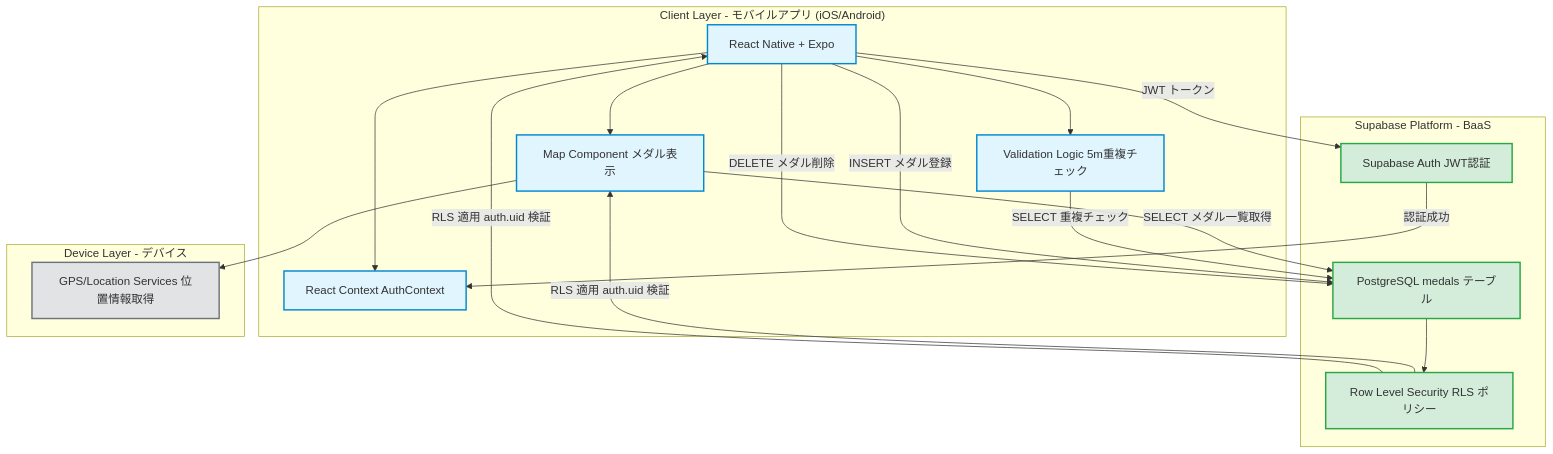
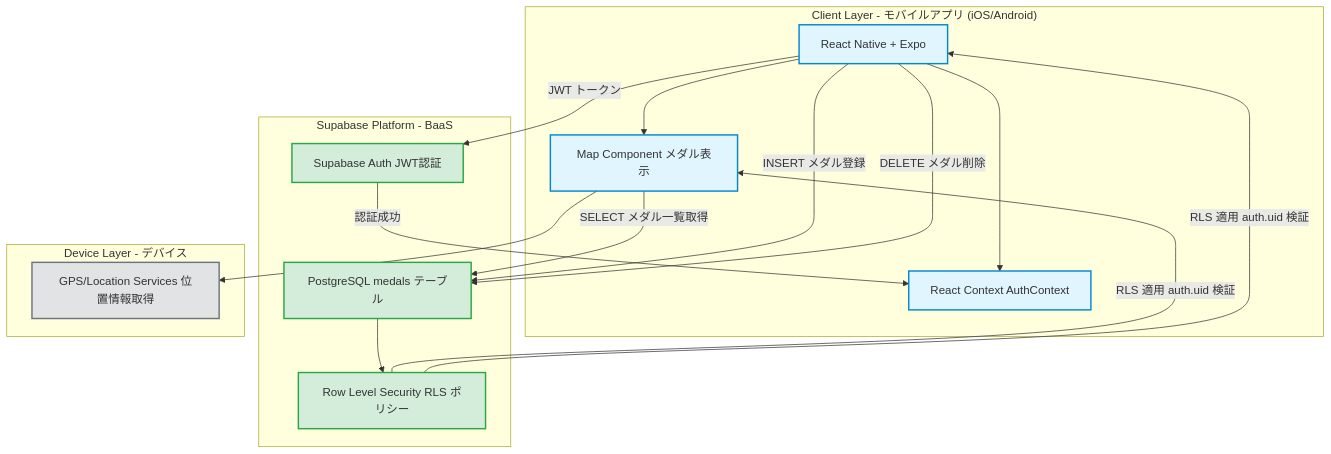
One commit to Lighthouse-projects/dqwfuntool_medalcompass changed the diagram in documents/2_アーキテクチャ設計書.md. Above: the diagram before and after it, drawn with Mermaid. The commit also changed other lines of this file and 9 other files, not shown here.

````diff
--- a/documents/2_アーキテクチャ設計書.md
+++ b/documents/2_アーキテクチャ設計書.md
@@ -27,44 +27,41 @@
 ```mermaid
 flowchart TB
     subgraph Client["Client Layer - モバイルアプリ (iOS/Android)"]
         A[React Native + Expo]
         C[React Context AuthContext]
         F[Map Component メダル表示]
-        V[Validation Logic 5m重複チェック]
     end
 
     subgraph Supabase["Supabase Platform - BaaS"]
         G[Supabase Auth JWT認証]
         H[PostgreSQL medals テーブル]
         I[Row Level Security RLS ポリシー]
     end
 
     subgraph Device["Device Layer - デバイス"]
         S[GPS/Location Services 位置情報取得]
     end
 
     A --> C
     A --> F
-    A --> V
     F --> S
 
     A -->|JWT トークン| G
     G -->|認証成功| C
 
     F -->|SELECT メダル一覧取得| H
-    V -->|SELECT 重複チェック| H
     A -->|INSERT メダル登録| H
     A -->|DELETE メダル削除| H
 
     H --> I
     I -->|RLS 適用 auth.uid 検証| F
     I -->|RLS 適用 auth.uid 検証| A
 
     classDef clientStyle fill:#e1f5ff,stroke:#0288d1,stroke-width:2px
     classDef supabaseStyle fill:#d4edda,stroke:#28a745,stroke-width:2px
     classDef deviceStyle fill:#e2e3e5,stroke:#6c757d,stroke-width:2px
 
-    class A,C,F,V clientStyle
+    class A,C,F clientStyle
     class G,H,I supabaseStyle
     class S deviceStyle
 ```
````
